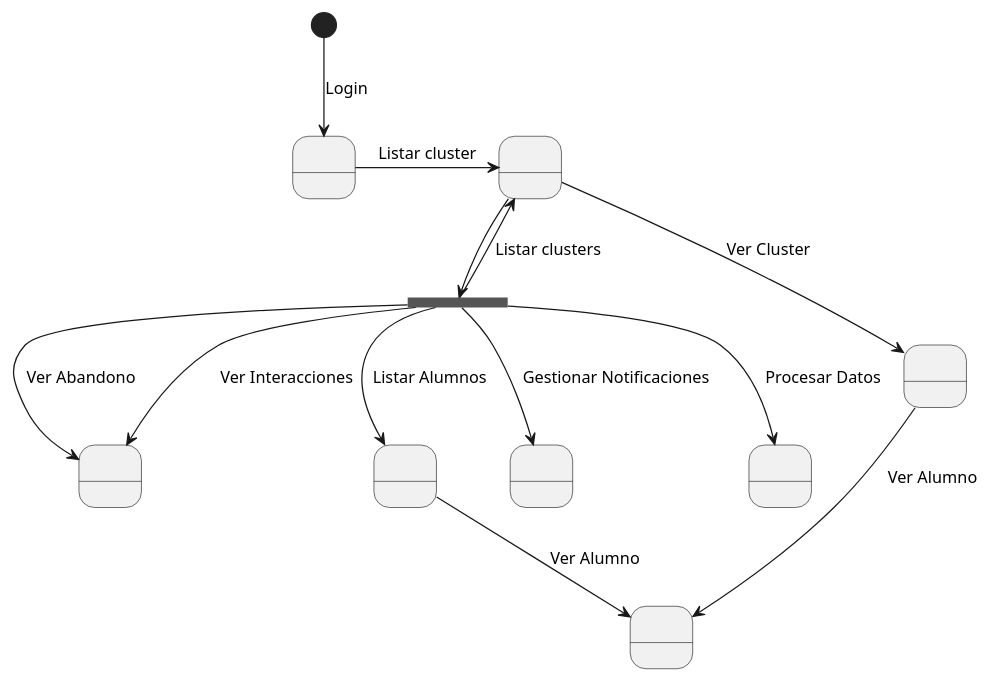
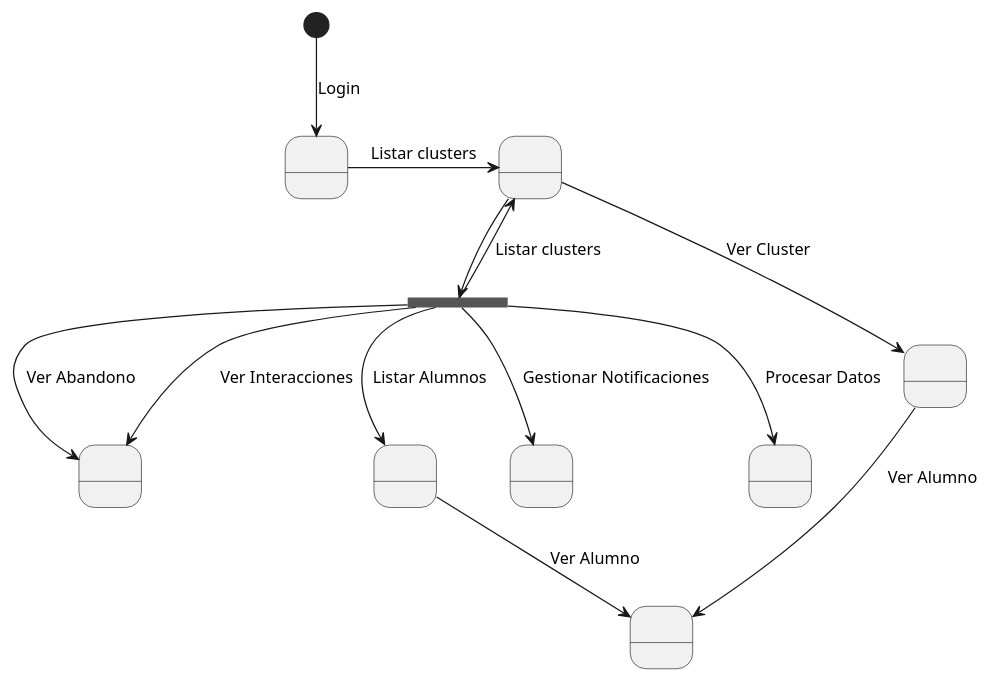
One commit to mmasias/IdSw1-22-23 changed the diagram in 000-entregas/Grupo1/CasosDeUso/Contexto.puml. Above: the diagram before and after it, drawn with PlantUML. The commit also changed 1 other file, not shown here.

```diff
--- a/000-entregas/Grupo1/CasosDeUso/Contexto.puml
+++ b/000-entregas/Grupo1/CasosDeUso/Contexto.puml
@@ -1,37 +1,37 @@
 @startuml Contexto 
 
 State fork <<fork>>
 
 state VerEstadisticas as " " <<state>>
 state VerAlumno as " " <<state>>
 state ListarClusters as " " <<state>>
 state ListarAlumnos as " " <<state>>
 state VerCluster as " " <<state>>
 state GestionarNotificaciones as " " <<state>>
 state ProcesarDatos as " " <<state>>
 state Login as " " <<state>>
 
 
 [*] -d-> Login : Login
 
-Login -r-> ListarClusters : Listar cluster
+Login -r-> ListarClusters : Listar clusters
 
 ListarClusters -d-> fork
 
 ListarClusters --> VerCluster : Ver Cluster
 VerCluster --> VerAlumno : Ver Alumno
 
 
 fork --> VerEstadisticas : Ver Abandono
 fork --> VerEstadisticas : Ver Interacciones
 fork --> ListarAlumnos : Listar Alumnos
 fork --> GestionarNotificaciones : Gestionar Notificaciones
 fork --> ProcesarDatos : Procesar Datos
 fork --> ListarClusters : Listar clusters
 
 ListarAlumnos --> VerAlumno : Ver Alumno
 
 
 
 
 @enduml
```
